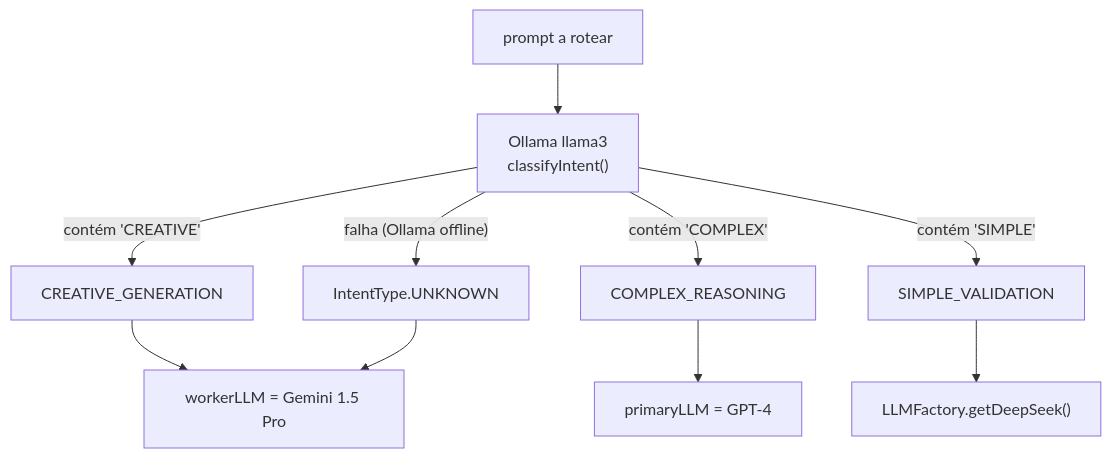
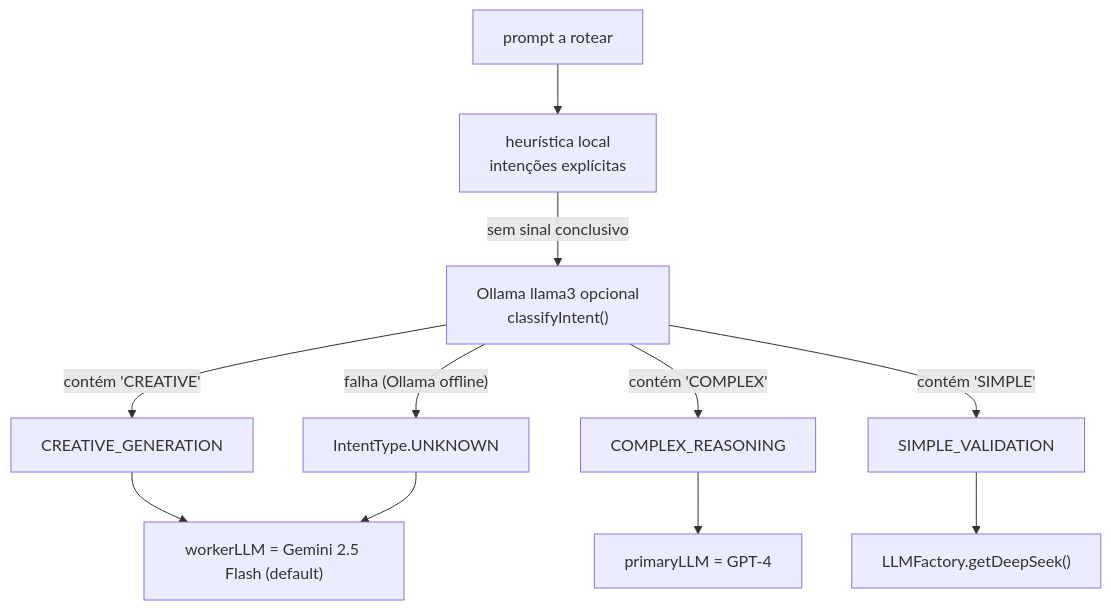
The seventh of 8 diagrams in ARCHITECTURE.md (andrecodexvictor/Frame-sim), drawn with Mermaid before and after one commit. The commit also changed other lines of this file and 71 other files, not shown here.

````diff
--- a/ARCHITECTURE.md
+++ b/ARCHITECTURE.md
@@ -298,13 +296,14 @@
 ```mermaid
 flowchart TD
-    Prompt["prompt a rotear"] --> Ollama["Ollama llama3<br/>classifyIntent()"]
+    Prompt["prompt a rotear"] --> Heuristica["heurística local<br/>intenções explícitas"]
+    Heuristica -->|"sem sinal conclusivo"| Ollama["Ollama llama3 opcional<br/>classifyIntent()"]
     Ollama -->|"falha (Ollama offline)"| Unknown["IntentType.UNKNOWN"]
     Ollama -->|"contém 'COMPLEX'"| Complex["COMPLEX_REASONING"]
     Ollama -->|"contém 'CREATIVE'"| Creative["CREATIVE_GENERATION"]
     Ollama -->|"contém 'SIMPLE'"| Simple["SIMPLE_VALIDATION"]
 
     Complex --> GPT4["primaryLLM = GPT-4"]
-    Creative --> GeminiW["workerLLM = Gemini 1.5 Pro"]
+    Creative --> GeminiW["workerLLM = Gemini 2.5 Flash (default)"]
     Simple --> DS["LLMFactory.getDeepSeek()"]
     Unknown --> GeminiW
 ```
````
